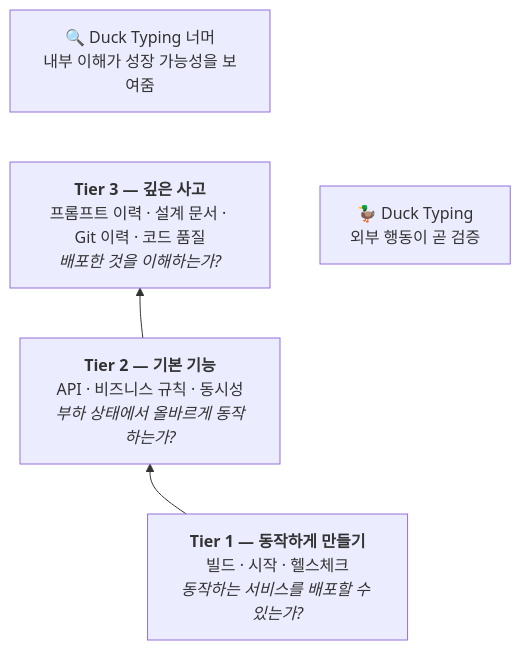
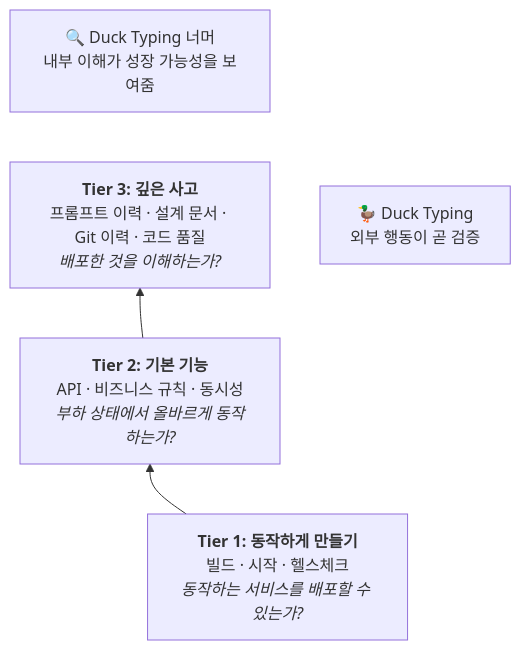
The fourth of 4 diagrams in content/posts/2026-02-24-ai-native-hiring-philosophy.ko.md (taokim/taokim.github.io), drawn with Mermaid before and after one commit. The commit also changed other lines of this file and 1 other file, not shown here.

```diff
--- a/content/posts/2026-02-24-ai-native-hiring-philosophy.ko.md
+++ b/content/posts/2026-02-24-ai-native-hiring-philosophy.ko.md
@@ -269,15 +271,15 @@
 {{< mermaid title="3-Tier 평가 모델" >}}
 graph BT
-    T1["<b>Tier 1 — 동작하게 만들기</b><br/>빌드 · 시작 · 헬스체크<br/><i>동작하는 서비스를 배포할 수 있는가?</i>"]
-    T2["<b>Tier 2 — 기본 기능</b><br/>API · 비즈니스 규칙 · 동시성<br/><i>부하 상태에서 올바르게 동작하는가?</i>"]
-    T3["<b>Tier 3 — 깊은 사고</b><br/>프롬프트 이력 · 설계 문서 · Git 이력 · 코드 품질<br/><i>배포한 것을 이해하는가?</i>"]
+    T1["<b>Tier 1: 동작하게 만들기</b><br/>빌드 · 시작 · 헬스체크<br/><i>동작하는 서비스를 배포할 수 있는가?</i>"]
+    T2["<b>Tier 2: 기본 기능</b><br/>API · 비즈니스 규칙 · 동시성<br/><i>부하 상태에서 올바르게 동작하는가?</i>"]
+    T3["<b>Tier 3: 깊은 사고</b><br/>프롬프트 이력 · 설계 문서 · Git 이력 · 코드 품질<br/><i>배포한 것을 이해하는가?</i>"]
 
     T1 --> T2 --> T3
 
     DT["🦆 Duck Typing<br/>외부 행동이 곧 검증"]
     BDT["🔍 Duck Typing 너머<br/>내부 이해가 성장 가능성을 보여줌"]
 
     T1 ~~~ DT
     T2 ~~~ DT
     T3 ~~~ BDT
 {{< /mermaid >}}
```
